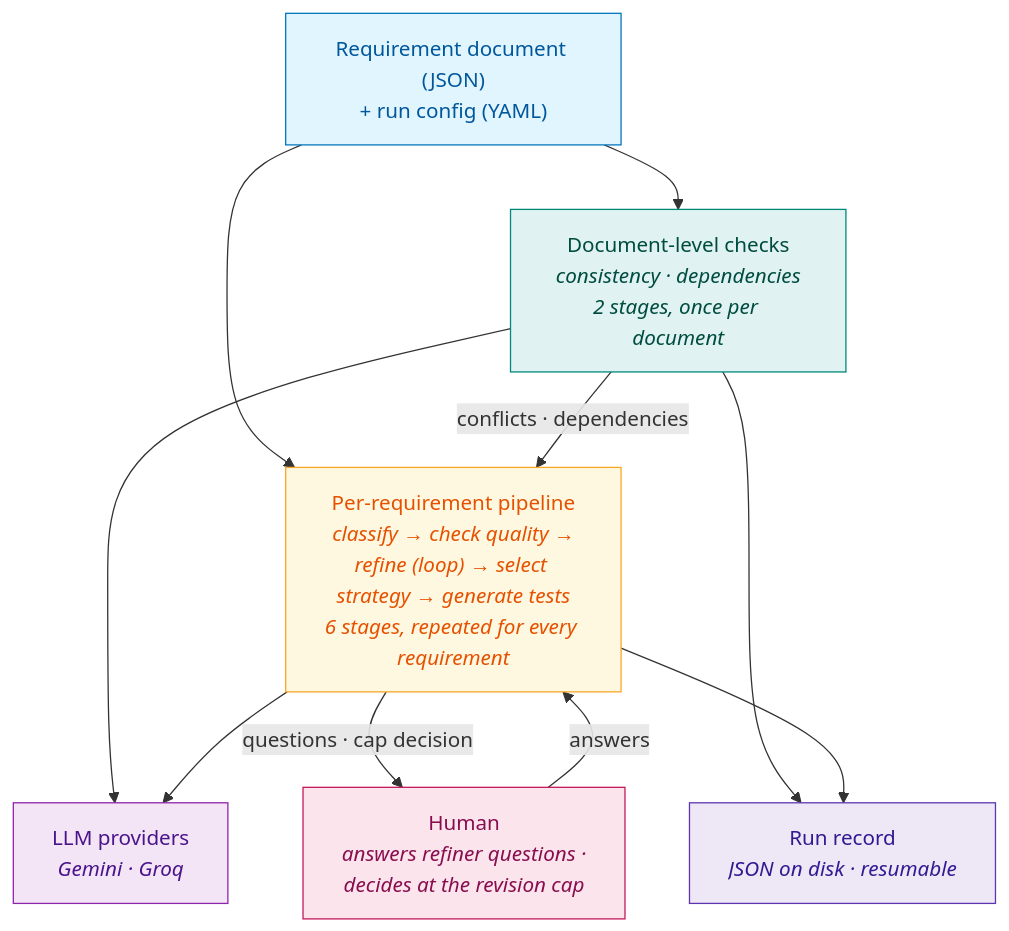
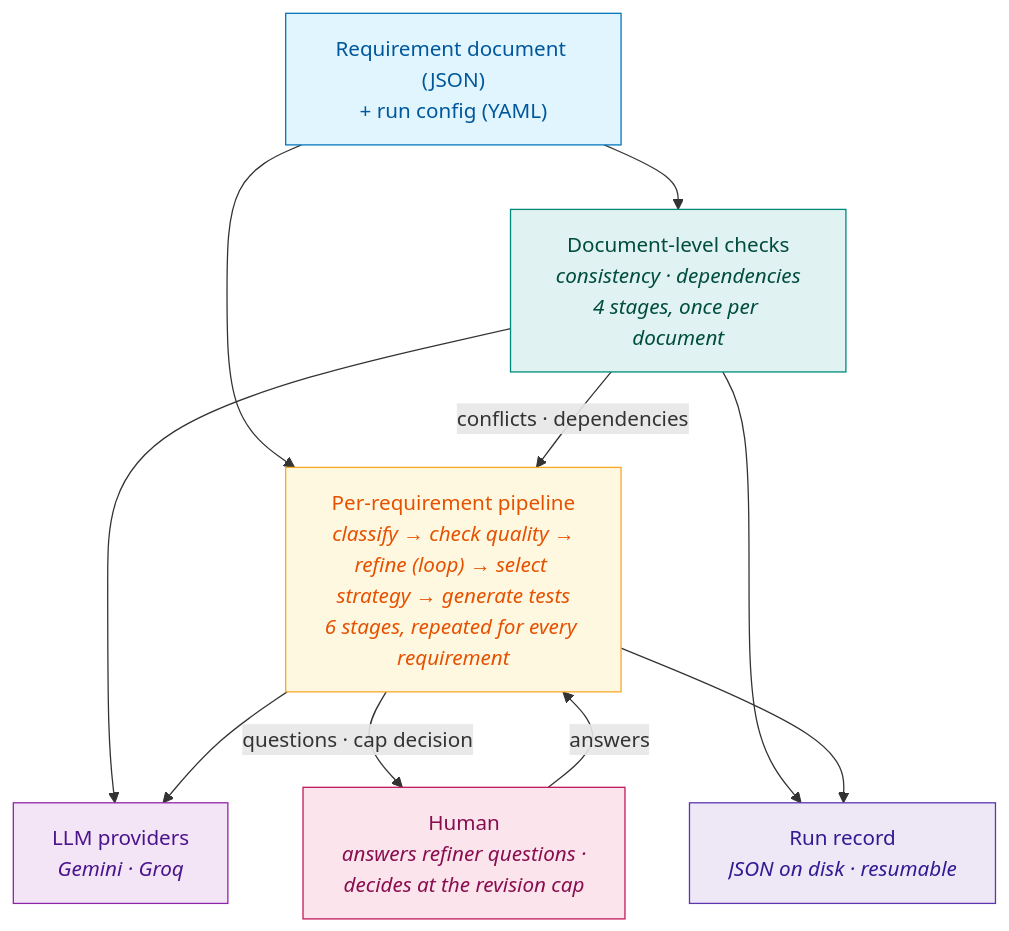
The diagram in design/diagrams/overview.mermaid (Mohamed-Elmaadawy/Masters_2), drawn with Mermaid before and after one commit. The commit also changed 22 other files, not shown here.

```diff
--- a/design/diagrams/overview.mermaid
+++ b/design/diagrams/overview.mermaid
@@ -1,34 +1,34 @@
 %% GENERATED by design/generate_arch_diagrams.py -- do not edit by hand.
 %% Rerun after any structural change to design/ or orchestrator/.
 
 %% The whole project in one picture. For any real detail, see the other eleven diagrams in design/diagrams/ -- this one is deliberately too small to debug from.
 flowchart TD
     IN["Requirement document (JSON)<br/>+ run config (YAML)"]
-    DOC["Document-level checks<br/><i>consistency · dependencies<br/>2 stages, once per document</i>"]
+    DOC["Document-level checks<br/><i>consistency · dependencies<br/>4 stages, once per document</i>"]
     REQ["Per-requirement pipeline<br/><i>classify → check quality →<br/>refine (loop) → select strategy → generate tests<br/>6 stages, repeated for every requirement</i>"]
     HUM["Human<br/><i>answers refiner questions ·<br/>decides at the revision cap</i>"]
     LLM["LLM providers<br/><i>Gemini · Groq</i>"]
     OUT["Run record<br/><i>JSON on disk · resumable</i>"]
 
     IN --> DOC
     IN --> REQ
     DOC -->|"conflicts · dependencies"| REQ
     DOC --> LLM
     REQ --> LLM
     REQ -->|"questions · cap decision"| HUM
     HUM -->|"answers"| REQ
     DOC --> OUT
     REQ --> OUT
 
     classDef doc fill:#e0f2f1,stroke:#00897b,color:#004d40
     class DOC doc
     classDef req fill:#fff8e1,stroke:#f9a825,color:#e65100
     class REQ req
     classDef human fill:#fce4ec,stroke:#c2185b,color:#880e4f
     class HUM human
     classDef term fill:#ede7f6,stroke:#5e35b1,color:#311b92
     class OUT term
     classDef provider fill:#f3e5f5,stroke:#8e24aa,color:#4a148c
     class LLM provider
     classDef io fill:#e1f5fe,stroke:#0277bd,color:#01579b
     class IN io
```
